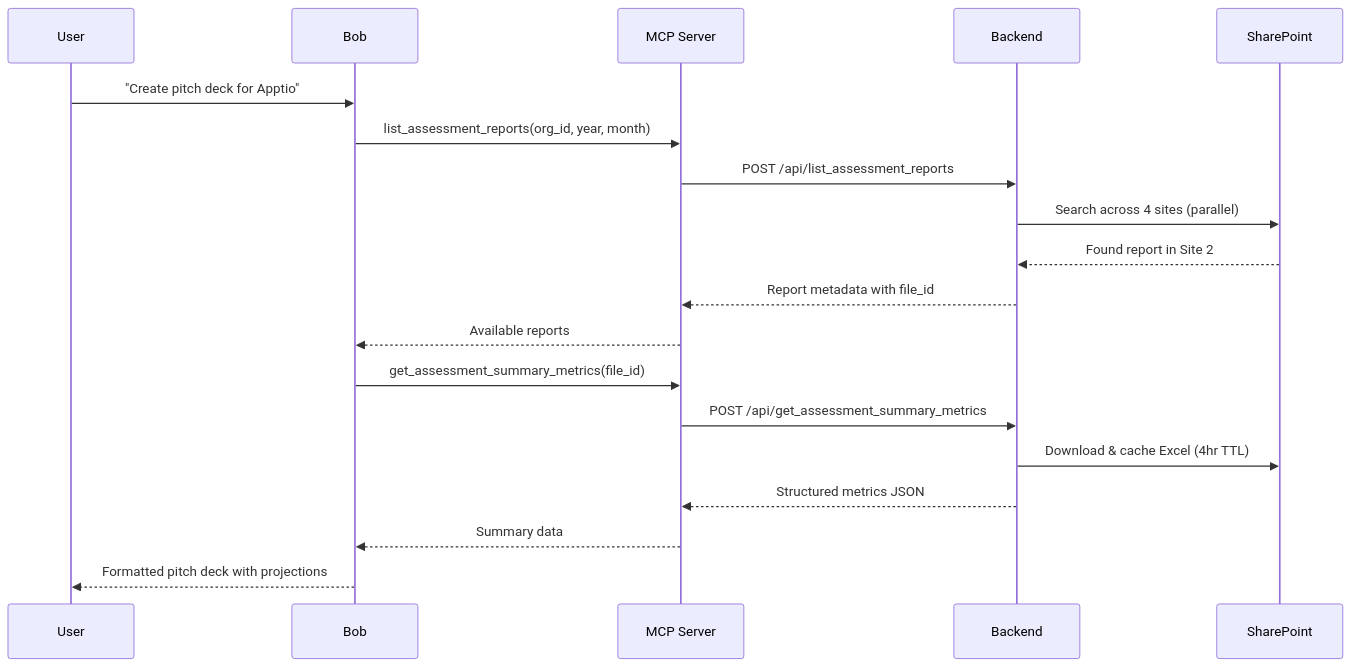
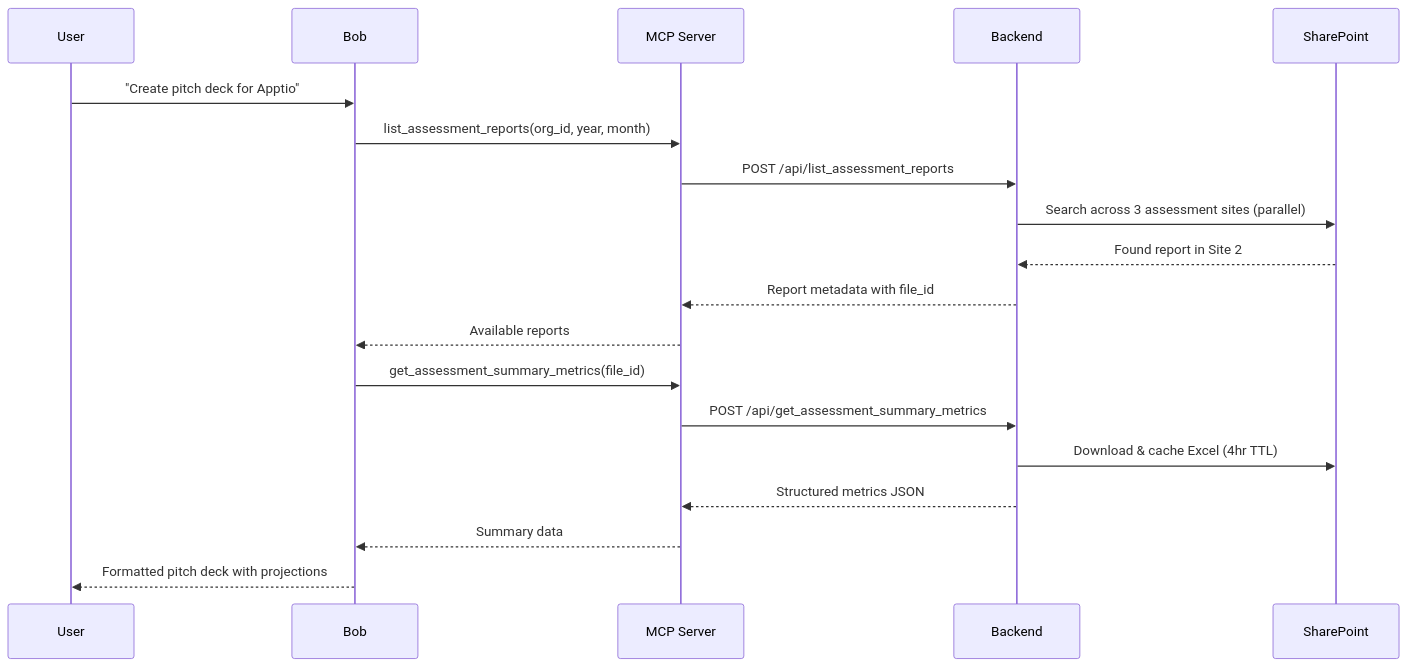
The sixth of 8 diagrams in README.md (sKumaraguru/apptio-bobathon-2026-finbob-mcp-server), drawn with Mermaid before and after one commit. The commit also changed other lines of this file, not shown here.

````diff
--- a/README.md
+++ b/README.md
@@ -158,24 +210,24 @@
 ```mermaid
 sequenceDiagram
     participant User
     participant Bob
     participant MCP as MCP Server
     participant BE as Backend
     participant SP as SharePoint
 
     User->>Bob: "Create pitch deck for Apptio"
     Bob->>MCP: list_assessment_reports(org_id, year, month)
     MCP->>BE: POST /api/list_assessment_reports
-    BE->>SP: Search across 4 sites (parallel)
+    BE->>SP: Search across 3 assessment sites (parallel)
     SP-->>BE: Found report in Site 2
     BE-->>MCP: Report metadata with file_id
     MCP-->>Bob: Available reports
 
     Bob->>MCP: get_assessment_summary_metrics(file_id)
     MCP->>BE: POST /api/get_assessment_summary_metrics
     BE->>SP: Download & cache Excel (4hr TTL)
     BE-->>MCP: Structured metrics JSON
     MCP-->>Bob: Summary data
 
     Bob-->>User: Formatted pitch deck with projections
 ```
````
